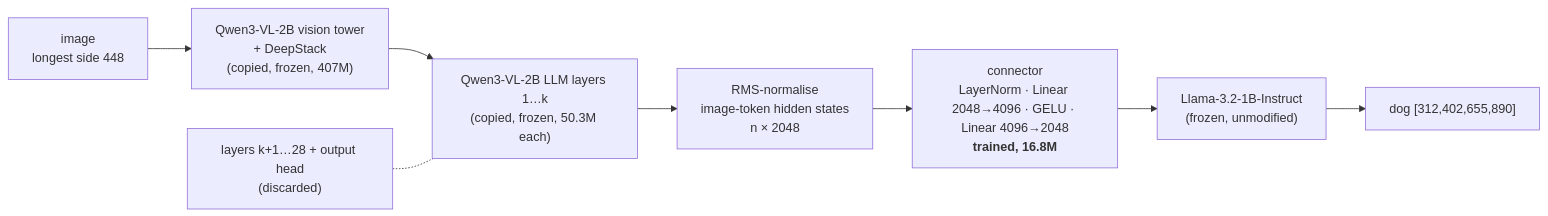
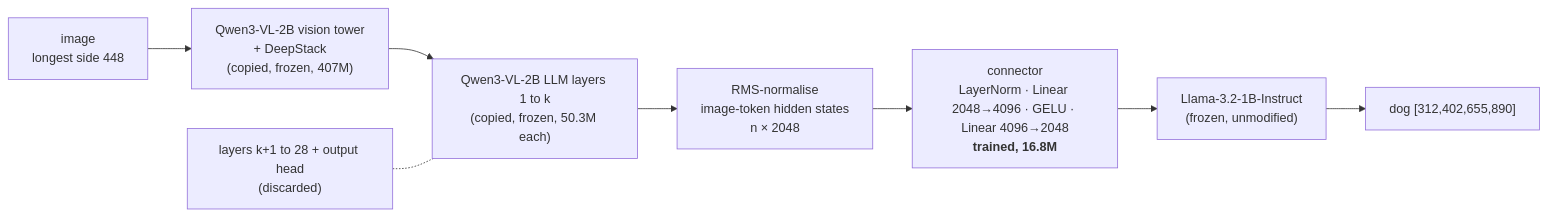
Before and after one commit to zraisan/globalmm: the third of 3 diagrams in research/README.md, drawn with Mermaid. The commit also changed other lines of this file and 5 other files, not shown here.

Commit message:
README: plain wording, explain connector vs connector + donor, fix figure caption placement

````diff
--- a/research/README.md
+++ b/research/README.md
@@ -455,10 +485,10 @@
 ```mermaid
 flowchart LR
     img[image<br/>longest side 448] --> vt["Qwen3-VL-2B vision tower<br/>+ DeepStack<br/>(copied, frozen, 407M)"]
-    vt --> lay["Qwen3-VL-2B LLM layers 1…k<br/>(copied, frozen, 50.3M each)"]
+    vt --> lay["Qwen3-VL-2B LLM layers 1 to k<br/>(copied, frozen, 50.3M each)"]
     lay --> rms["RMS-normalise<br/>image-token hidden states<br/>n × 2048"]
     rms --> conn["connector<br/>LayerNorm · Linear 2048→4096 · GELU · Linear 4096→2048<br/><b>trained, 16.8M</b>"]
     conn --> llm["Llama-3.2-1B-Instruct<br/>(frozen, unmodified)"]
     llm --> out["dog [312,402,655,890]"]
-    drop["layers k+1…28 + output head<br/>(discarded)"] -.- lay
+    drop["layers k+1 to 28 + output head<br/>(discarded)"] -.- lay
 ```
````
